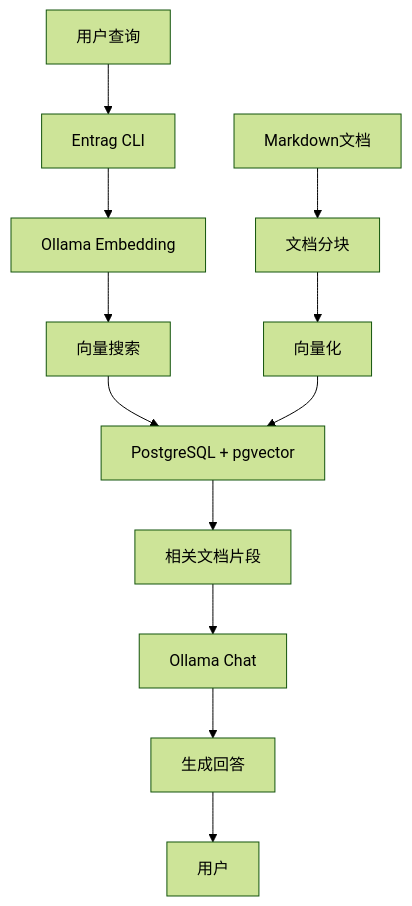
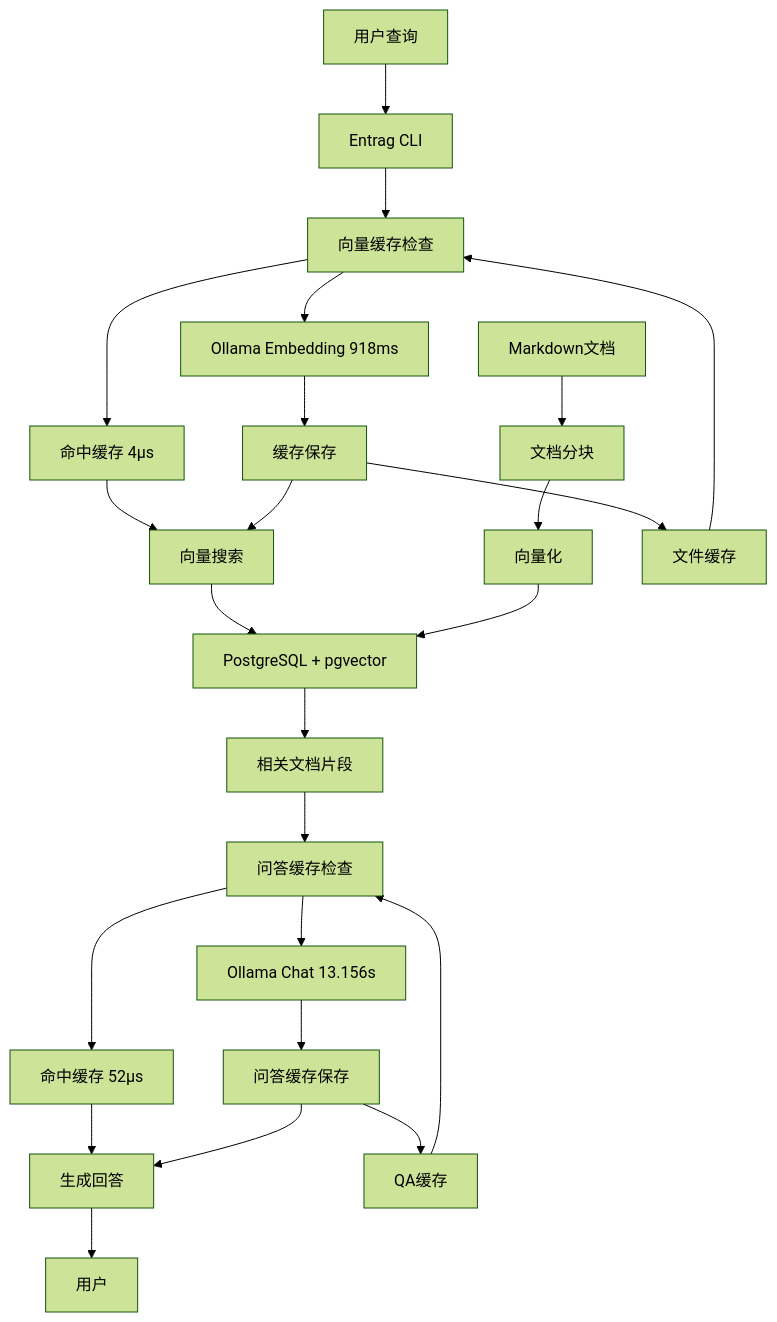
Before and after one commit to timdong/entrag: the diagram in docs/README.md, drawn with Mermaid (forest theme). The commit also changed other lines of this file and 12 other files, not shown here.

````diff
--- a/docs/README.md
+++ b/docs/README.md
@@ -50,15 +77,28 @@
 ```mermaid
 graph TB
     A[用户查询] --> B[Entrag CLI]
-    B --> C[Ollama Embedding]
-    C --> D[向量搜索]
+    B --> C1[向量缓存检查]
+    C1 --> C2[命中缓存 4µs]
+    C1 --> C3[Ollama Embedding 918ms]
+    C2 --> D[向量搜索]
+    C3 --> C4[缓存保存]
+    C4 --> D
     D --> E[PostgreSQL + pgvector]
     E --> F[相关文档片段]
-    F --> G[Ollama Chat]
-    G --> H[生成回答]
+    F --> G1[问答缓存检查]
+    G1 --> G2[命中缓存 52µs]
+    G1 --> G3[Ollama Chat 13.156s]
+    G2 --> H[生成回答]
+    G3 --> G4[问答缓存保存]
+    G4 --> H
     H --> I[用户]
     
     J[Markdown文档] --> K[文档分块]
     K --> L[向量化]
     L --> E
+    
+    M[文件缓存] --> C1
+    C4 --> M
+    N[QA缓存] --> G1
+    G4 --> N
 ```
````
